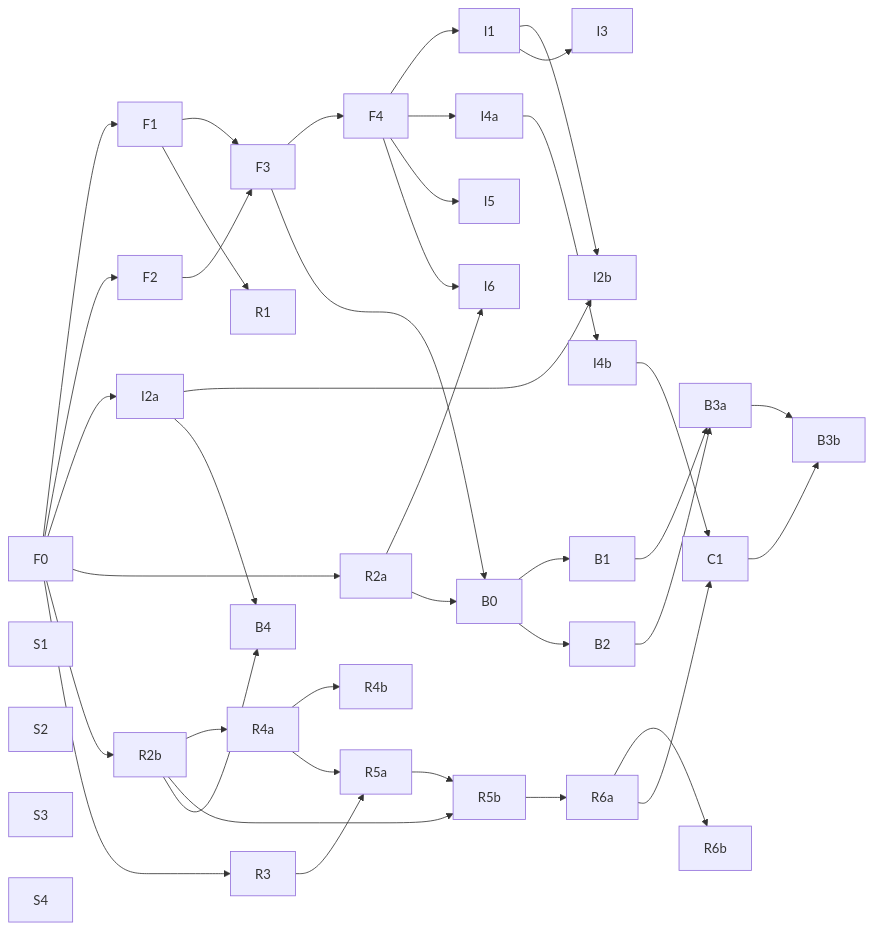
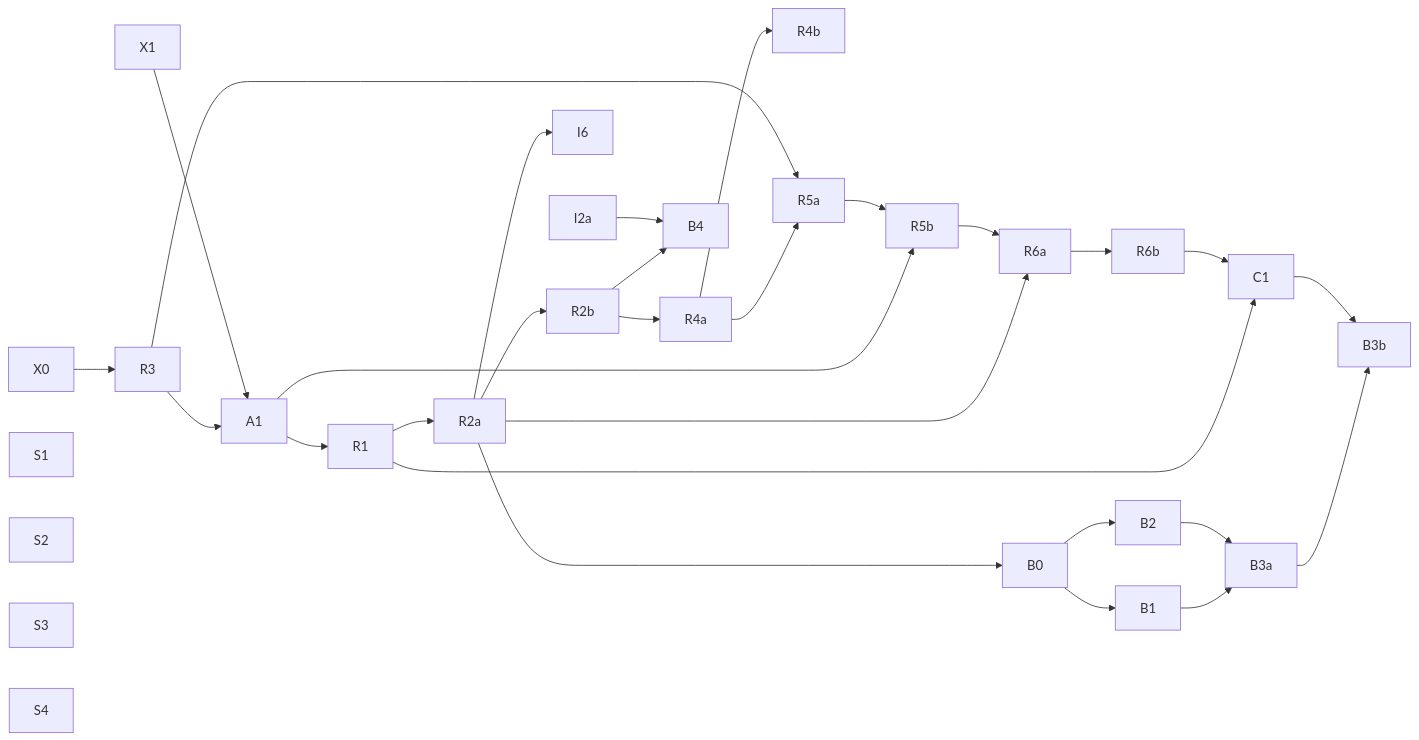
Before and after one commit to aarush-dev/mpls-lab: the diagram in docs/copilot-build-plan.md, drawn with Mermaid. The commit also changed other lines of this file and 2 other files, not shown here.

First line of the commit message:
docs: codependency rule + repaired copilot dependency graph

````diff
--- a/docs/copilot-build-plan.md
+++ b/docs/copilot-build-plan.md
@@ -80,25 +104,23 @@
 ```mermaid
 graph LR
-  F0 --> F1 & F2 & I2a & R2a & R2b & R3
-  F1 --> F3 & R1
-  F2 --> F3
-  F3 --> F4 & B0
-  F4 --> I1 & I4a & I5 & I6
-  I1 --> I2b & I3
-  I2a --> I2b & B4
-  I4a --> I4b
-  R2a --> I6 & B0
-  R2b --> R4a & R5b & B4
+  X0 --> R3
+  R3 --> A1
+  X1 --> A1
+  A1 --> R1 & R5b
+  R1 --> R2a & C1
+  R2a --> R2b & I6 & R6a & B0
+  R2b --> R4a & B4
+  R4a --> R4b & R5a
   R3 --> R5a
-  R4a --> R4b & R5a
   R5a --> R5b
   R5b --> R6a
-  R6a --> R6b & C1
-  I4b --> C1
+  R6a --> R6b
+  R6b --> C1
+  I2a --> B4
   B0 --> B1 & B2
   B1 --> B3a
   B2 --> B3a
   B3a --> B3b
   C1 --> B3b
   S1 & S2 & S3 & S4
 ```
````
